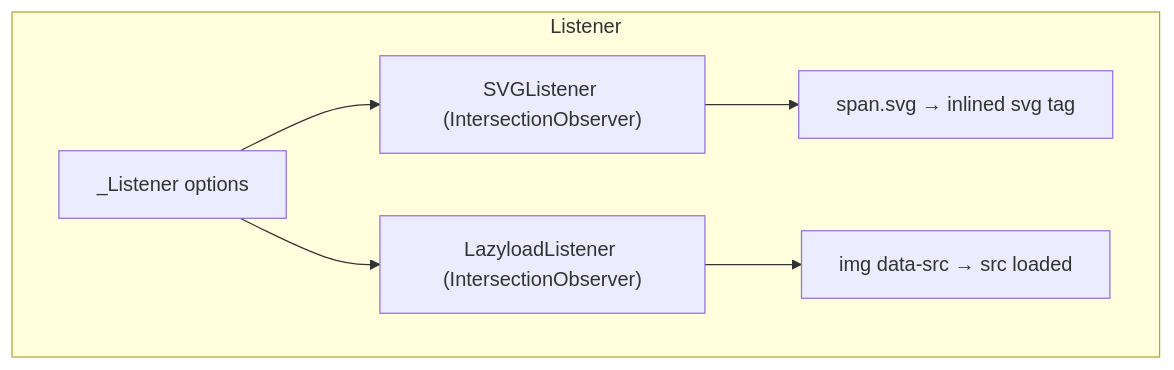
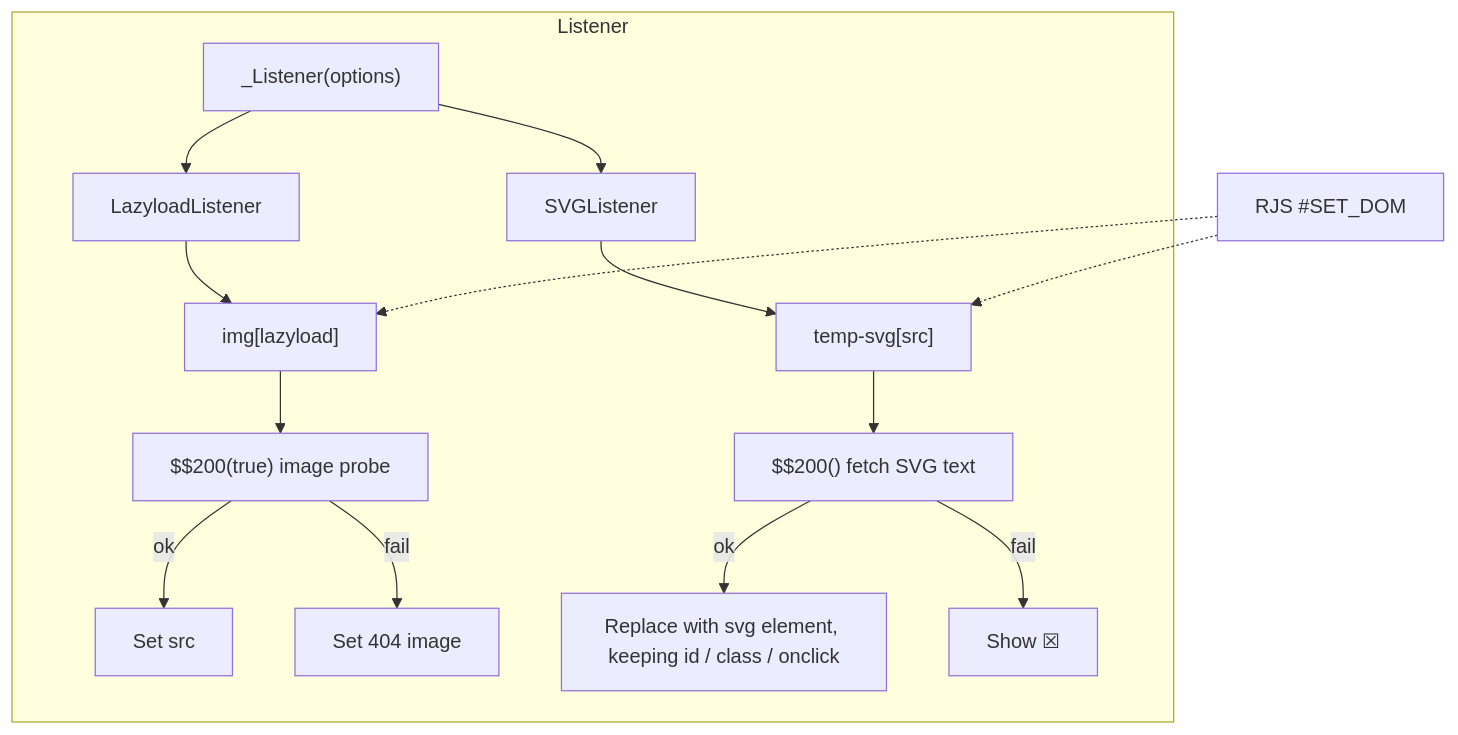
Before and after one commit to pardnio/RenderJS: the sixth of 7 diagrams in doc/architecture.md, drawn with Mermaid. The commit also changed other lines of this file and 8 other files, not shown here.

````diff
--- a/doc/architecture.md
+++ b/doc/architecture.md
@@ -99,9 +137,17 @@
 ```mermaid
 graph TB
     subgraph Listener
-        Init[_Listener options] --> SVGObs["SVGListener (IntersectionObserver)"]
-        Init --> LazyObs["LazyloadListener (IntersectionObserver)"]
-        SVGObs --> ReplaceSVG[span.svg → inlined svg tag]
-        LazyObs --> LoadImg[img data-src → src loaded]
+        Init["_Listener(options)"] --> Lazy[LazyloadListener]
+        Init --> SVG[SVGListener]
+        Lazy --> LazyScan["img[lazyload]"]
+        LazyScan --> Probe["$$200(true) image probe"]
+        Probe -->|ok| SetSrc[Set src]
+        Probe -->|fail| Fallback[Set 404 image]
+        SVG --> SVGScan["temp-svg[src]"]
+        SVGScan --> Fetch["$$200() fetch SVG text"]
+        Fetch -->|ok| Inline[Replace with svg element, keeping id / class / onclick]
+        Fetch -->|fail| Mark["Show ☒"]
     end
+    RJS["RJS #SET_DOM"] -.-> LazyScan
+    RJS -.-> SVGScan
 ```
````
